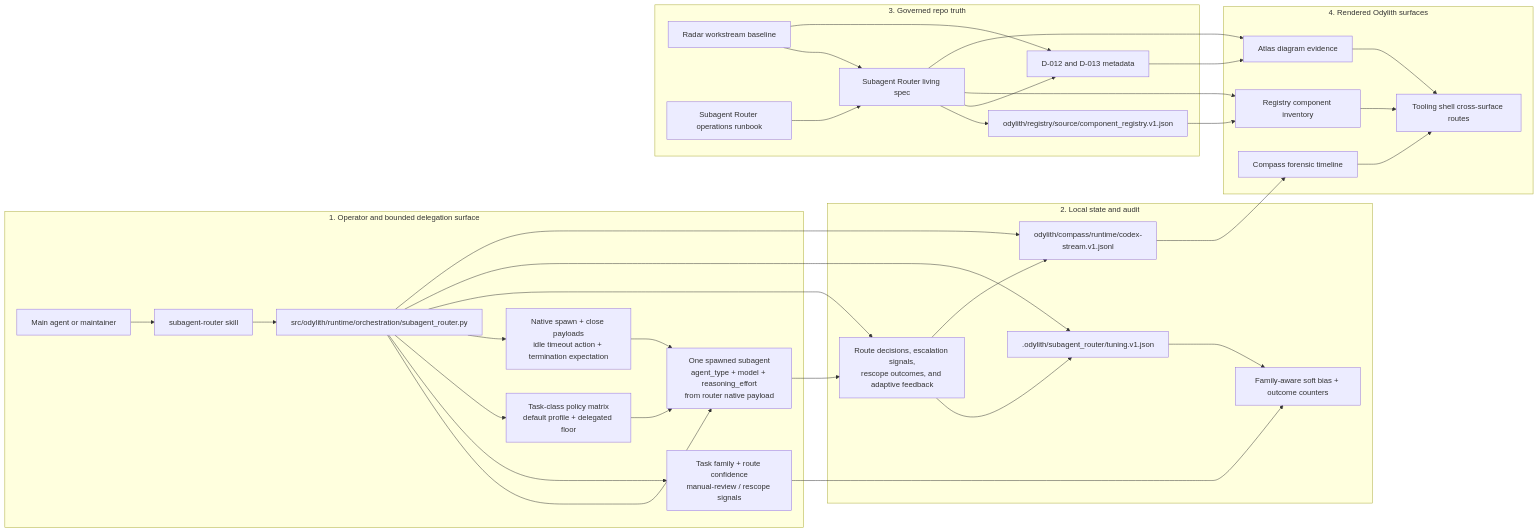
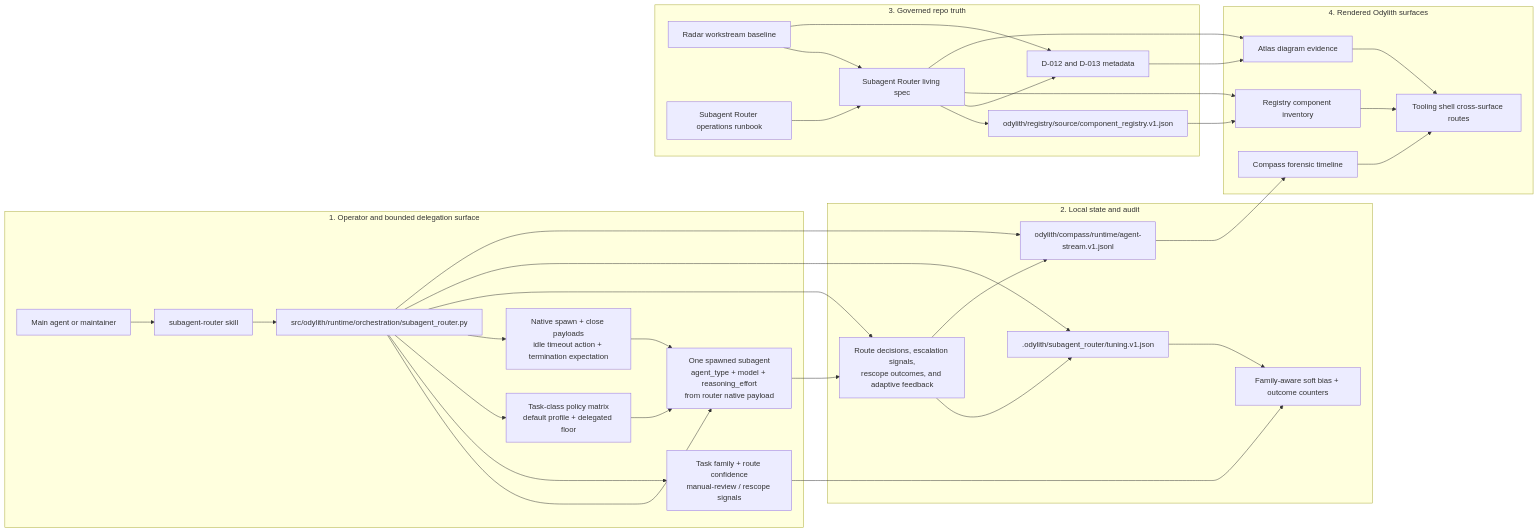
The diagram in odylith/atlas/source/odylith-subagent-router-governance-and-audit-topology.mmd (odylith/odylith), drawn with Mermaid before and after one commit. The commit also changed 1663 other files, not shown here.

```diff
--- a/odylith/atlas/source/odylith-subagent-router-governance-and-audit-topology.mmd
+++ b/odylith/atlas/source/odylith-subagent-router-governance-and-audit-topology.mmd
@@ -1,67 +1,67 @@
 %% Reviewed 2026-03-26 for B-001 to keep Odylith product topology and governance diagrams canonical in the public Atlas catalog.
 flowchart LR
   subgraph Operator["1. Operator and bounded delegation surface"]
     Main["Main agent or maintainer"]
     Skill["subagent-router skill"]
     Router["src/odylith/runtime/orchestration/subagent_router.py"]
     Worker["One spawned subagent<br/>agent_type + model + reasoning_effort<br/>from router native payload"]
     Confidence["Task family + route confidence<br/>manual-review / rescope signals"]
     Policy["Task-class policy matrix<br/>default profile + delegated floor"]
     Lifecycle["Native spawn + close payloads<br/>idle timeout action + termination expectation"]
   end
 
   subgraph LocalState["2. Local state and audit"]
     Tuning[".odylith/subagent_router/tuning.v1.json"]
-    Stream["odylith/compass/runtime/codex-stream.v1.jsonl"]
+    Stream["odylith/compass/runtime/agent-stream.v1.jsonl"]
     Outcome["Route decisions, escalation signals,<br/>rescope outcomes, and adaptive feedback"]
     FamilyBias["Family-aware soft bias + outcome counters"]
   end
 
   subgraph Governance["3. Governed repo truth"]
     Backlog["Radar workstream baseline"]
     Spec["Subagent Router living spec"]
     Runbook["Subagent Router operations runbook"]
     RegistryManifest["odylith/registry/source/component_registry.v1.json"]
     Diagrams["D-012 and D-013 metadata"]
   end
 
   subgraph Surfaces["4. Rendered Odylith surfaces"]
     Compass["Compass forensic timeline"]
     Registry["Registry component inventory"]
     Atlas["Atlas diagram evidence"]
     Shell["Tooling shell cross-surface routes"]
   end
 
   Main --> Skill
   Skill --> Router
   Router --> Worker
   Router --> Confidence
   Router --> Policy
   Router --> Lifecycle
   Worker --> Outcome
   Router --> Outcome
 
   Router --> Tuning
   Router --> Stream
   Outcome --> Tuning
   Outcome --> Stream
   Tuning --> FamilyBias
   Confidence --> FamilyBias
   Policy --> Worker
   Lifecycle --> Worker
 
   Backlog --> Spec
   Backlog --> Diagrams
   Spec --> RegistryManifest
   Spec --> Diagrams
   Runbook --> Spec
 
   Stream --> Compass
   RegistryManifest --> Registry
   Spec --> Registry
   Diagrams --> Atlas
   Spec --> Atlas
 
   Compass --> Shell
   Registry --> Shell
   Atlas --> Shell
```
